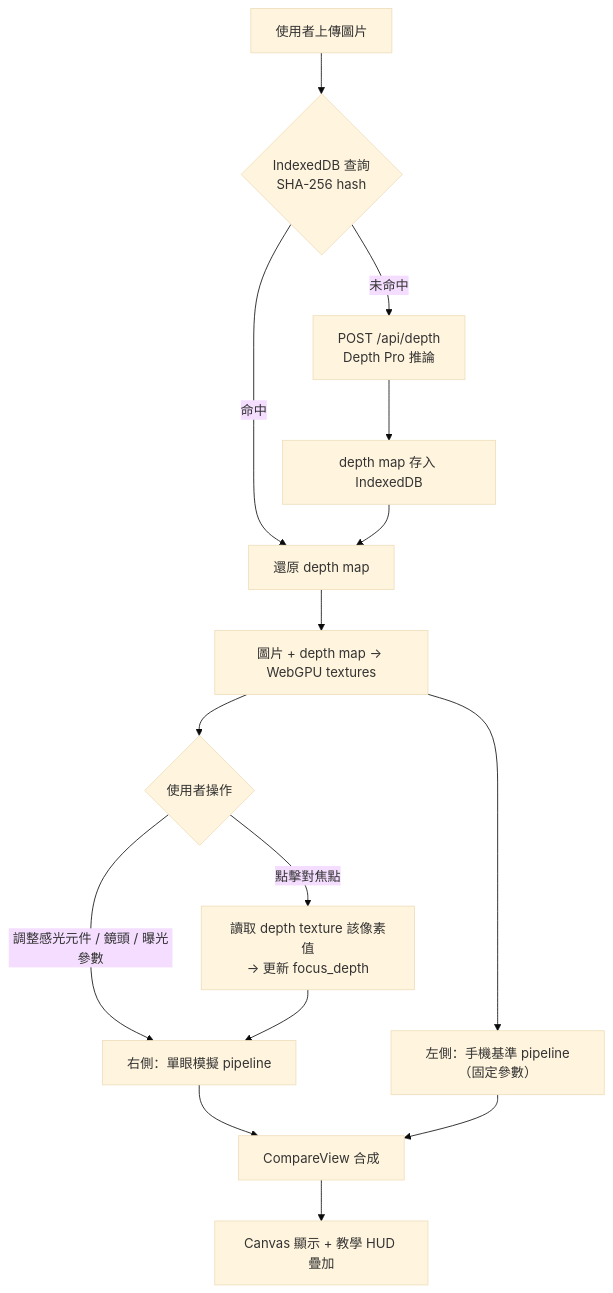
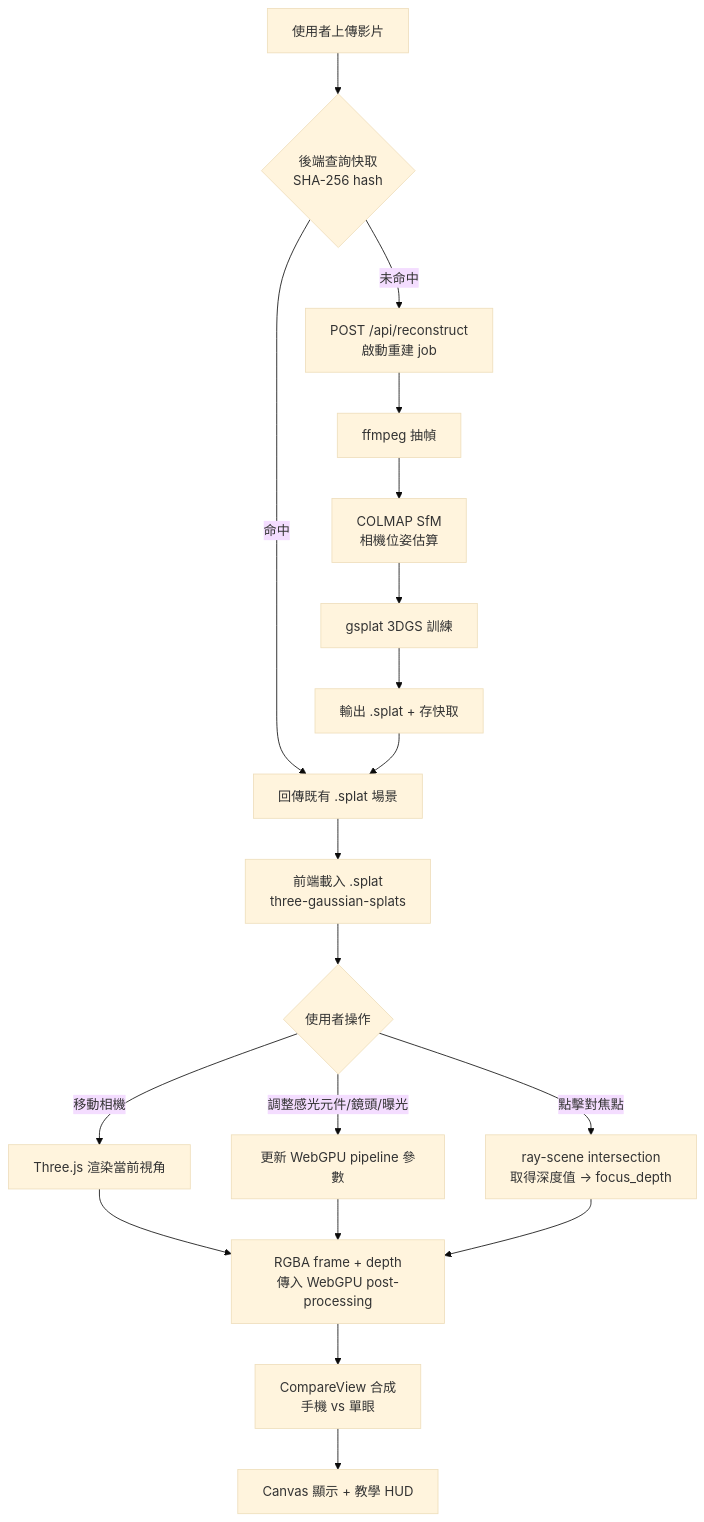
One commit to SoWiEee/Immersive-Camera-Simulator changed the first of 3 diagrams in docs/spec.md. Above: the diagram before and after it, drawn with Mermaid (base theme). The commit also changed other lines of this file and 4 other files, not shown here.

````diff
--- a/docs/spec.md
+++ b/docs/spec.md
@@ -34,17 +32,21 @@
 ```mermaid
 flowchart TD
-  A[使用者上傳圖片] --> B{IndexedDB 查詢\nSHA-256 hash}
-  B -->|命中| C[還原 depth map]
-  B -->|未命中| D[POST /api/depth\nDepth Pro 推論]
-  D --> E[depth map 存入 IndexedDB]
-  E --> C
-  C --> F[圖片 + depth map → WebGPU textures]
-  F --> G{使用者操作}
-  G -->|調整感光元件 / 鏡頭 / 曝光參數| H[右側：單眼模擬 pipeline]
-  G -->|點擊對焦點| I[讀取 depth texture 該像素值\n→ 更新 focus_depth]
-  I --> H
-  F --> J[左側：手機基準 pipeline（固定參數）]
-  H --> K[CompareView 合成]
-  J --> K
-  K --> L[Canvas 顯示 + 教學 HUD 疊加]
+  A[使用者上傳影片] --> B{後端查詢快取\nSHA-256 hash}
+  B -->|命中| C[回傳既有 .splat 場景]
+  B -->|未命中| D[POST /api/reconstruct\n啟動重建 job]
+  D --> E[ffmpeg 抽幀]
+  E --> F[COLMAP SfM\n相機位姿估算]
+  F --> G[gsplat 3DGS 訓練]
+  G --> H[輸出 .splat + 存快取]
+  H --> C
+  C --> I[前端載入 .splat\nthree-gaussian-splats]
+  I --> J{使用者操作}
+  J -->|移動相機| K[Three.js 渲染當前視角]
+  J -->|調整感光元件/鏡頭/曝光| L[更新 WebGPU pipeline 參數]
+  J -->|點擊對焦點| M[ray-scene intersection\n取得深度值 → focus_depth]
+  K --> N[RGBA frame + depth\n傳入 WebGPU post-processing]
+  L --> N
+  M --> N
+  N --> O[CompareView 合成\n手機 vs 單眼]
+  O --> P[Canvas 顯示 + 教學 HUD]
 ```
````
